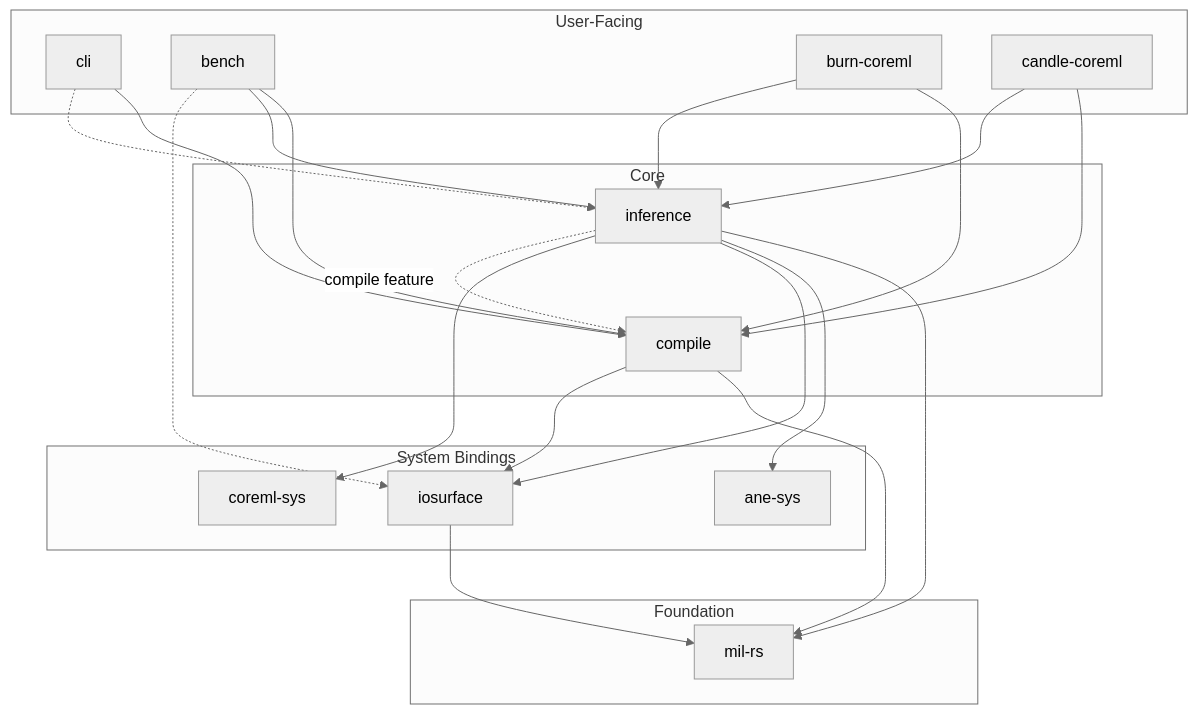
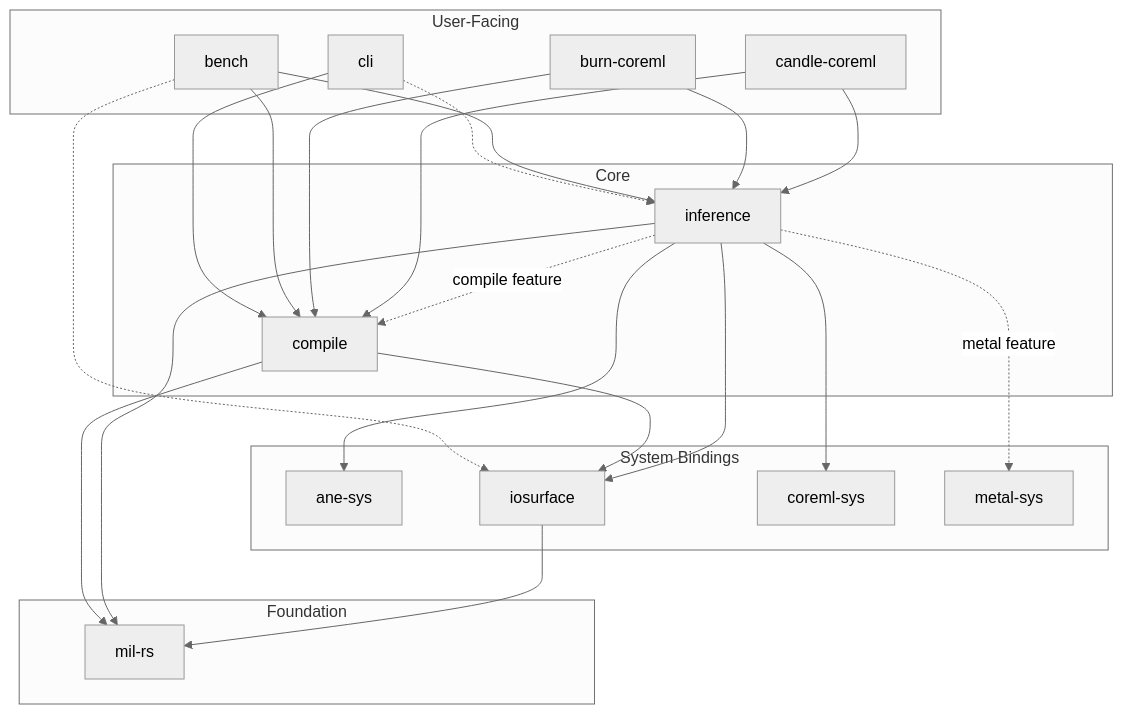
One commit to jafreck/ironmill changed the second of 2 diagrams in README.md. Above: the diagram before and after it, drawn with Mermaid (neutral theme). The commit also changed other lines of this file and 1 other file, not shown here.

First line of the commit message:
docs(readme): add Metal GPU backend documentation

````diff
--- a/README.md
+++ b/README.md
@@ -146,48 +155,50 @@
 ```mermaid
 graph TD
     subgraph User-Facing
         cli["cli"]
         bench["bench"]
         burn["burn-coreml"]
         candle["candle-coreml"]
     end
 
     subgraph Core
         compile["compile"]
         inference["inference"]
     end
 
     subgraph System Bindings
         ane["ane-sys"]
         ios["iosurface"]
         coremlsys["coreml-sys"]
+        metalsys["metal-sys"]
     end
 
     subgraph Foundation
         mil["mil-rs"]
     end
 
     cli --> compile
     cli -.-> inference
 
     bench --> compile
     bench --> inference
     bench -.-> ios
 
     burn --> compile
     burn --> inference
 
     candle --> compile
     candle --> inference
 
     compile --> mil
     compile --> ios
 
     inference --> mil
     inference --> ane
     inference --> ios
     inference --> coremlsys
+    inference -.->|"metal" feature| metalsys
     inference -.->|"compile" feature| compile
 
     ios --> mil
 ```
````
